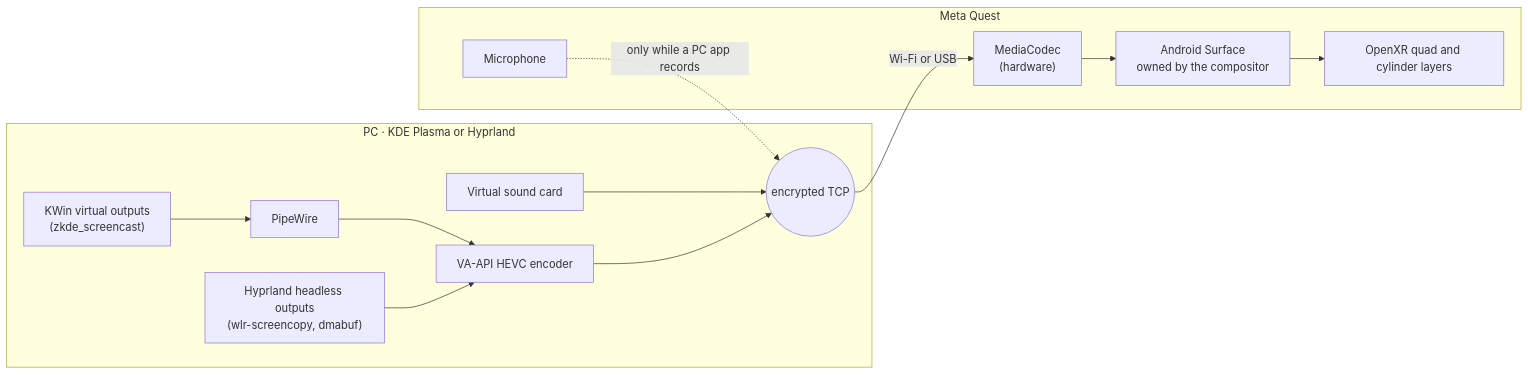
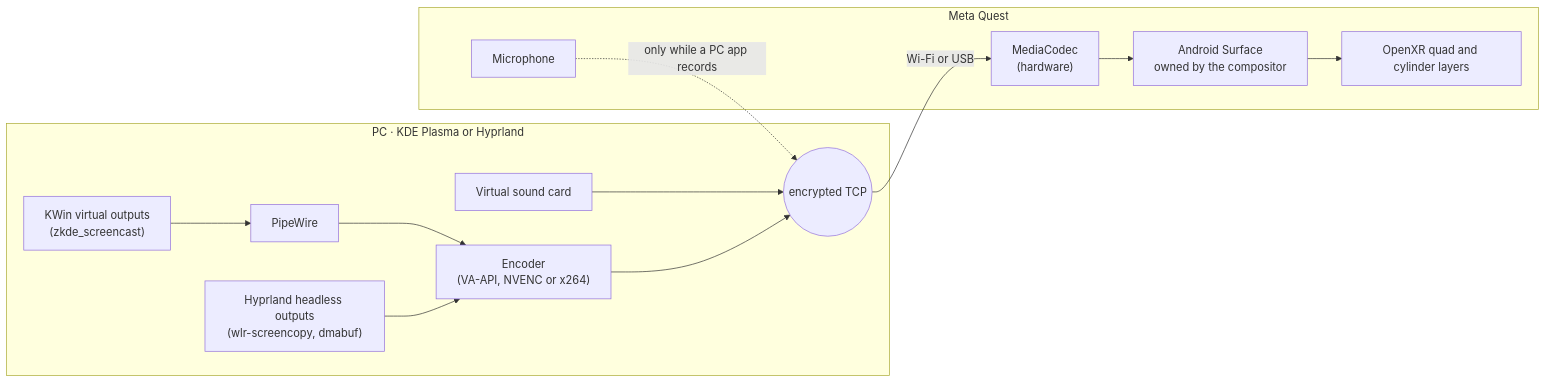
The diagram in README.md (OlexiyOdarchuk/prostir), drawn with Mermaid before and after one commit. The commit also changed other lines of this file and 8 other files, not shown here.

````diff
--- a/README.md
+++ b/README.md
@@ -548,14 +592,14 @@
 ```mermaid
 flowchart LR
   subgraph PC["PC · KDE Plasma or Hyprland"]
-    KWin["KWin virtual outputs<br/>(zkde_screencast)"] --> PW[PipeWire] --> Enc["VA-API HEVC encoder"]
+    KWin["KWin virtual outputs<br/>(zkde_screencast)"] --> PW[PipeWire] --> Enc["Encoder<br/>(VA-API, NVENC or x264)"]
     Hypr["Hyprland headless outputs<br/>(wlr-screencopy, dmabuf)"] --> Enc
     Snd["Virtual sound card"] --> Net
     Enc --> Net(("encrypted TCP"))
   end
   Net -- "Wi-Fi or USB" --> Dec
   subgraph Quest["Meta Quest"]
     Dec["MediaCodec<br/>(hardware)"] --> Surf["Android Surface<br/>owned by the compositor"] --> Layer["OpenXR quad and cylinder layers"]
     Mic["Microphone"] -. "only while a PC app records" .-> Net
   end
 ```
````
